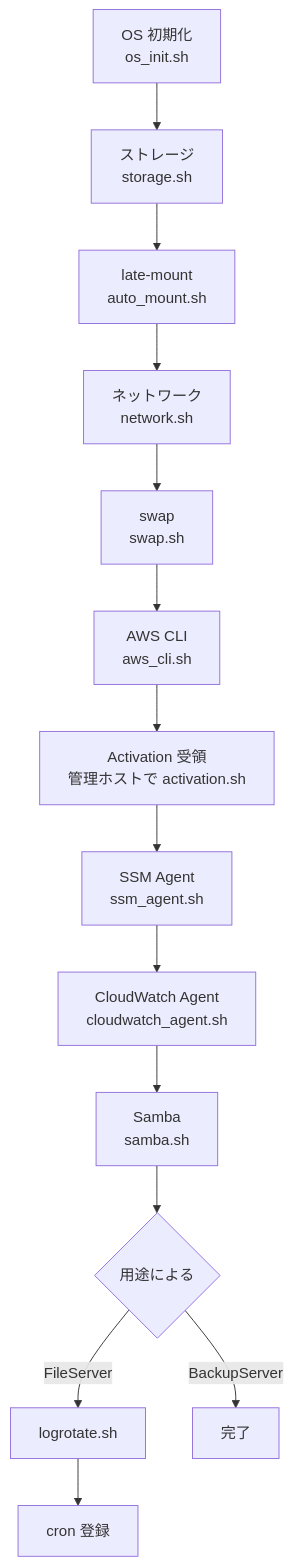
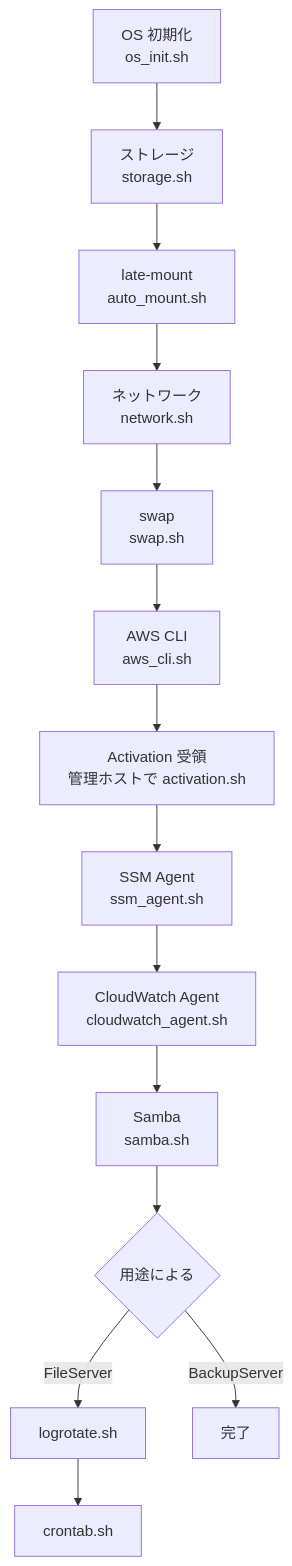
One commit to NaoyaOgura0828/file-servers changed the diagram in docs/tutorials/new-server-setup.md. Above: the diagram before and after it, drawn with Mermaid. The commit also changed 2 other files, not shown here.

Commit message:
DOCS: crontab.sh + FileServer 系 conf 追加に追従してリファレンス類を更新
- reference/configurations.md: ディレクトリツリーに crontab/ と
  os_init/samba 配下の FileServer.conf を追記。crontab/<server>.conf の
  個別仕様セクションを追加
- reference/scripts.md: setup スクリプト一覧に crontab.sh を追加し詳細セクションを記載
- tutorials/new-server-setup.md: フロー図の "cron 登録" を "crontab.sh" に更新

````diff
--- a/docs/tutorials/new-server-setup.md
+++ b/docs/tutorials/new-server-setup.md
@@ -22,16 +22,16 @@
 ```mermaid
 flowchart TB
     A[OS 初期化<br>os_init.sh] --> B[ストレージ<br>storage.sh]
     B --> C[late-mount<br>auto_mount.sh]
     C --> D[ネットワーク<br>network.sh]
     D --> E[swap<br>swap.sh]
     E --> F[AWS CLI<br>aws_cli.sh]
     F --> G[Activation 受領<br>管理ホストで activation.sh]
     G --> H[SSM Agent<br>ssm_agent.sh]
     H --> I[CloudWatch Agent<br>cloudwatch_agent.sh]
     I --> J[Samba<br>samba.sh]
     J --> K{用途による}
     K -->|FileServer| L[logrotate.sh]
-    L --> M[cron 登録]
+    L --> M[crontab.sh]
     K -->|BackupServer| N[完了]
 ```
````
